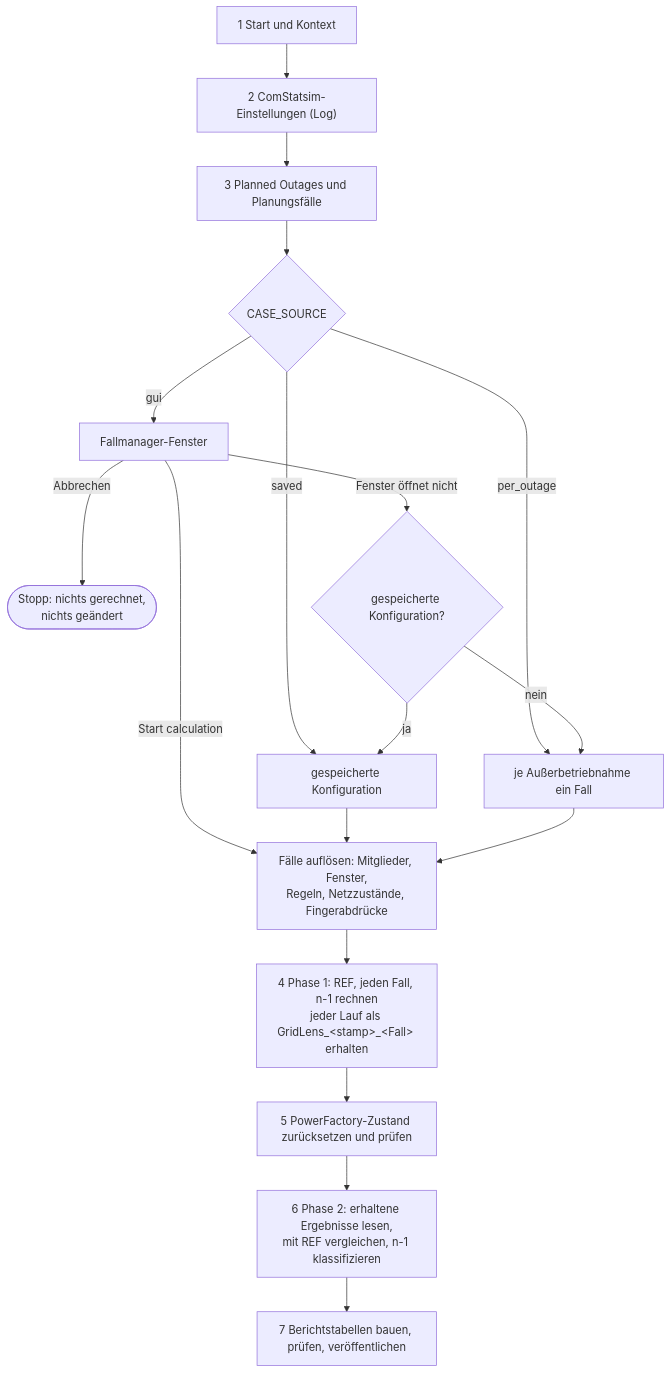
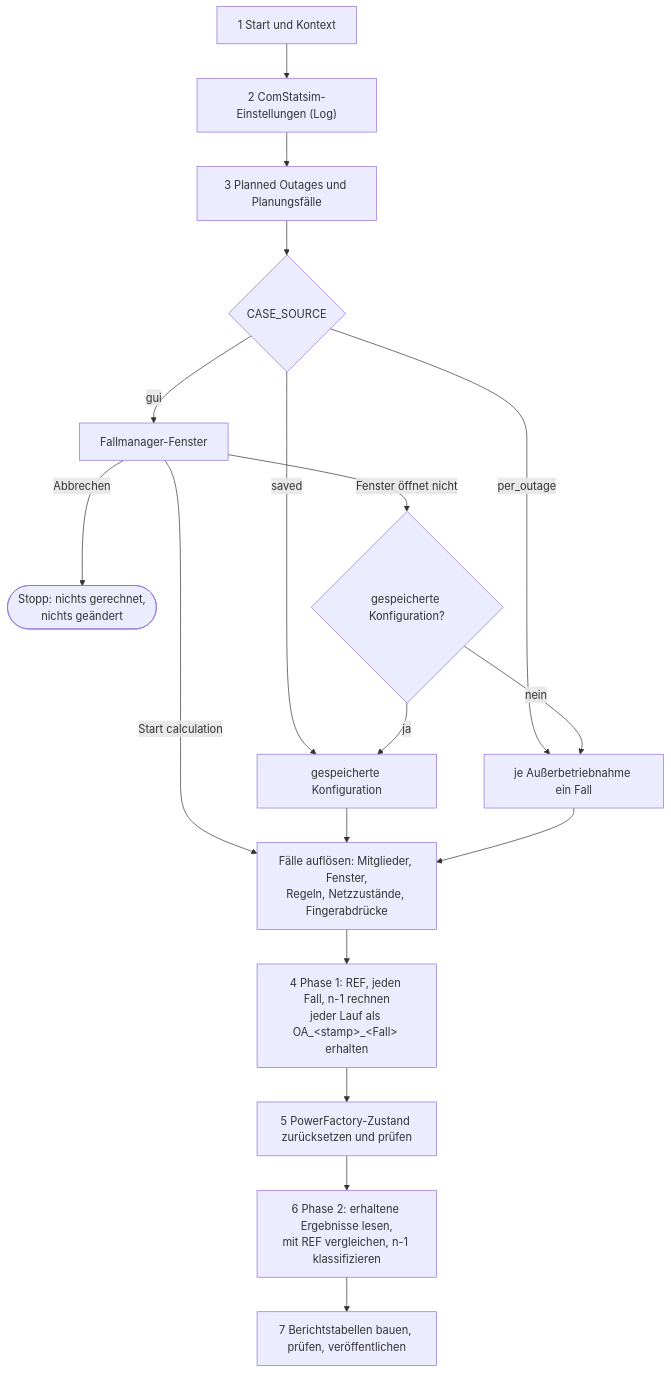
One commit to hadiibrahim-Engin/GridLensAssessment changed the second of 5 diagrams in docs/de/ARCHITEKTUR.md. Above: the diagram before and after it, drawn with Mermaid. The commit also changed other lines of this file and 61 other files, not shown here.

First line of the commit message:
Refactor GridLens references to Outage Assessment in diagnostic probes and scripts

````diff
--- a/docs/de/ARCHITEKTUR.md
+++ b/docs/de/ARCHITEKTUR.md
@@ -89,20 +89,20 @@
 ```mermaid
 flowchart TD
     S1["1 Start und Kontext"] --> S2["2 ComStatsim-Einstellungen (Log)"]
     S2 --> S3["3 Planned Outages und Planungsfälle"]
     S3 --> SRC{"CASE_SOURCE"}
     SRC -- gui --> G["Fallmanager-Fenster"]
     SRC -- saved --> SV["gespeicherte Konfiguration"]
     SRC -- per_outage --> PO["je Außerbetriebnahme ein Fall"]
     G -- Abbrechen --> X(["Stopp: nichts gerechnet,<br/>nichts geändert"])
     G -- "Fenster öffnet nicht" --> FB{"gespeicherte Konfiguration?"}
     FB -- ja --> SV
     FB -- nein --> PO
     G -- "Start calculation" --> RQ
     SV --> RQ
     PO --> RQ["Fälle auflösen: Mitglieder, Fenster,<br/>Regeln, Netzzustände, Fingerabdrücke"]
-    RQ --> S4["4 Phase 1: REF, jeden Fall, n-1 rechnen<br/>jeder Lauf als GridLens_&lt;stamp&gt;_&lt;Fall&gt; erhalten"]
+    RQ --> S4["4 Phase 1: REF, jeden Fall, n-1 rechnen<br/>jeder Lauf als OA_&lt;stamp&gt;_&lt;Fall&gt; erhalten"]
     S4 --> S5["5 PowerFactory-Zustand zurücksetzen und prüfen"]
     S5 --> S6["6 Phase 2: erhaltene Ergebnisse lesen,<br/>mit REF vergleichen, n-1 klassifizieren"]
     S6 --> S7["7 Berichtstabellen bauen, prüfen, veröffentlichen"]
 ```
````
